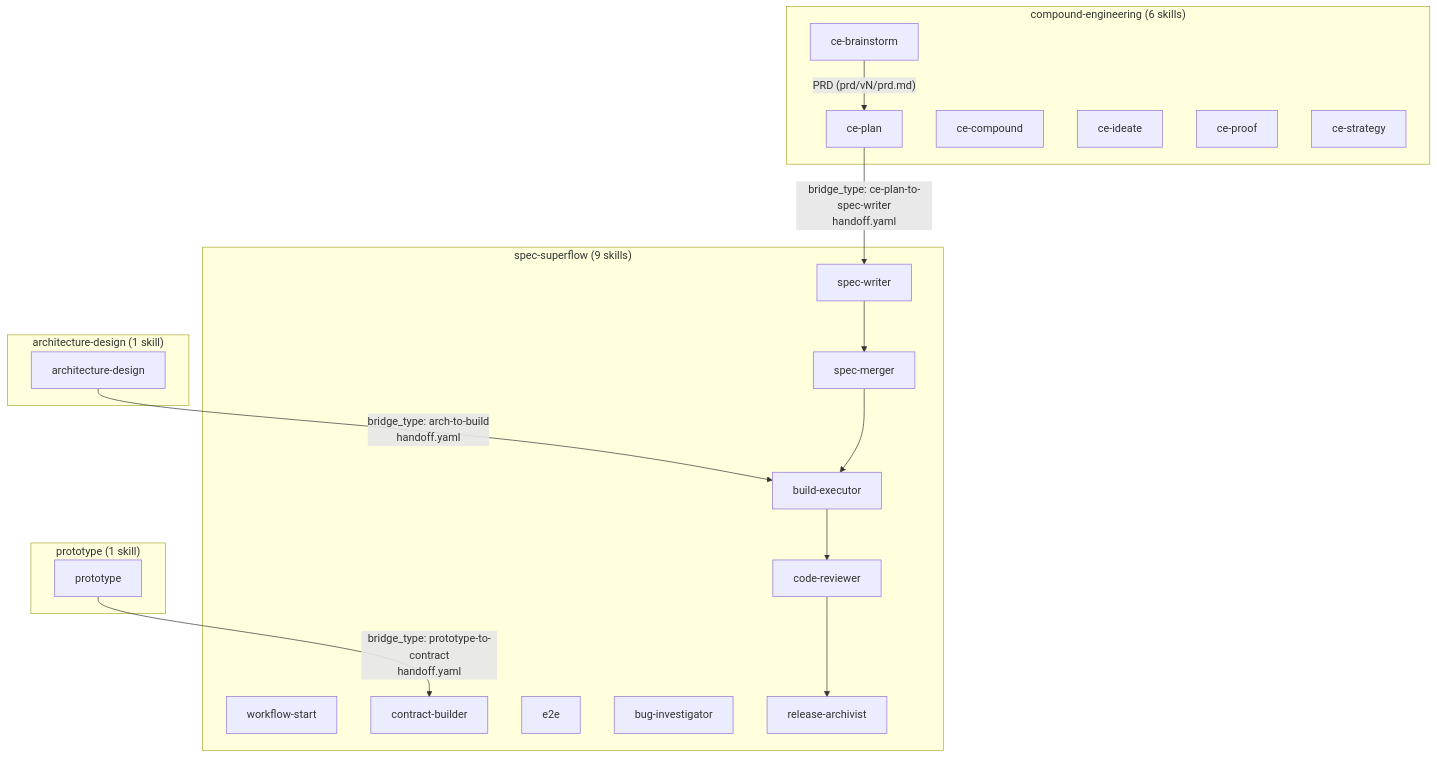
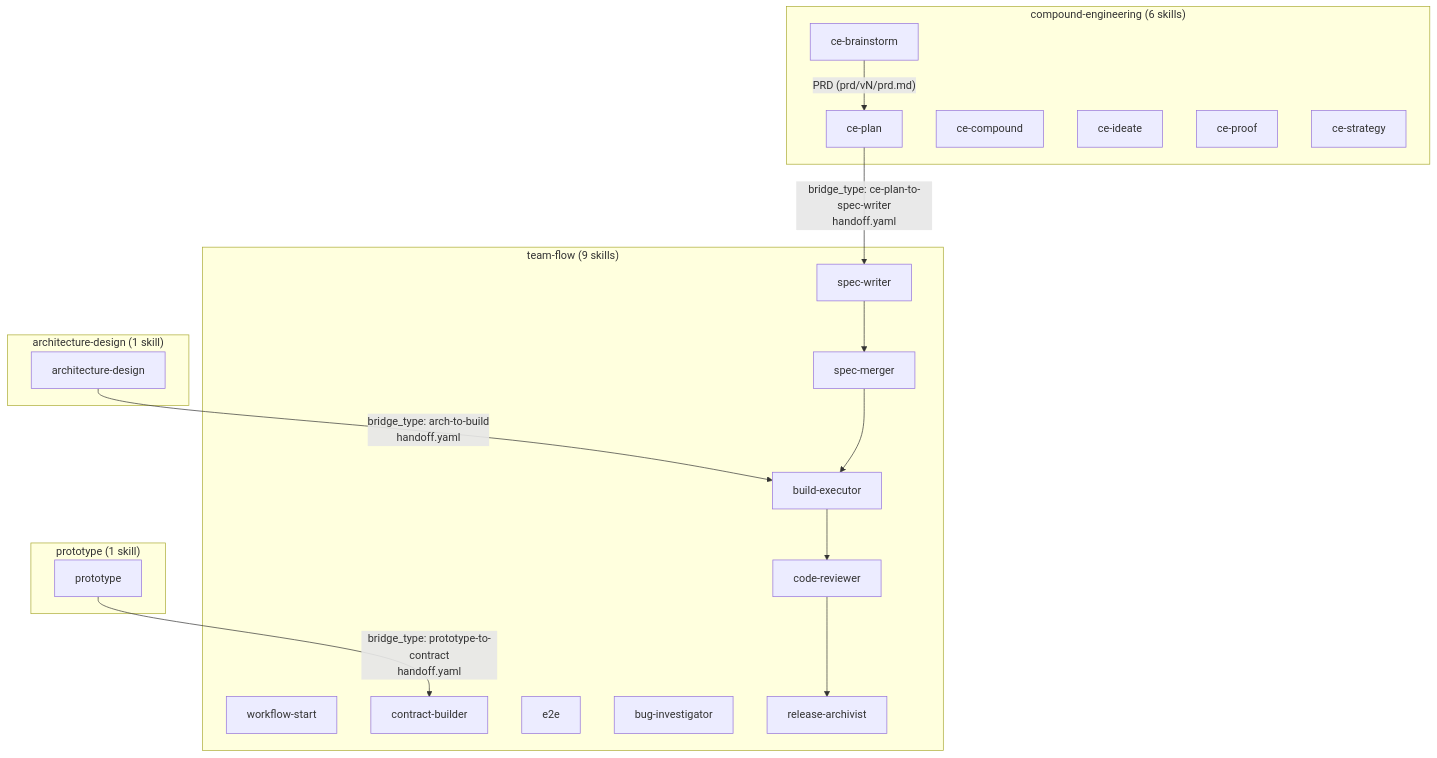
Before and after one commit to loveConli/team-flow: the first of 3 diagrams in prd/v1/plan.md, drawn with Mermaid. The commit also changed other lines of this file and 179 other files, not shown here.

First line of the commit message:
feat: identity unification spec-superflow → team-flow (P1-6 phase 2, v0.9 §27)

````diff
--- a/prd/v1/plan.md
+++ b/prd/v1/plan.md
@@ -110,41 +110,41 @@
 ```mermaid
 flowchart TB
     subgraph CE["compound-engineering (6 skills)"]
         CB[ce-brainstorm]
         CP[ce-plan]
         CC2[ce-compound]
         CI[ce-ideate]
         CPR[ce-proof]
         CS[ce-strategy]
     end
 
-    subgraph SS["spec-superflow (9 skills)"]
+    subgraph SS["team-flow (9 skills)"]
         SW[spec-writer]
         SM[spec-merger]
         BE[build-executor]
         CR[code-reviewer]
         WS[workflow-start]
         CBR[contract-builder]
         E2E[e2e]
         BI[bug-investigator]
         RA[release-archivist]
     end
 
     subgraph AD["architecture-design (1 skill)"]
         AD1[architecture-design]
     end
 
     subgraph PT["prototype (1 skill)"]
         PT1[prototype]
     end
 
     CB -->|"PRD (prd/vN/prd.md)"| CP
     CP -->|"bridge_type: ce-plan-to-spec-writer\nhandoff.yaml"| SW
     AD1 -->|"bridge_type: arch-to-build\nhandoff.yaml"| BE
     PT1 -->|"bridge_type: prototype-to-contract\nhandoff.yaml"| CBR
 
     SW --> SM
     SM --> BE
     BE --> CR
     CR --> RA
 ```
````
